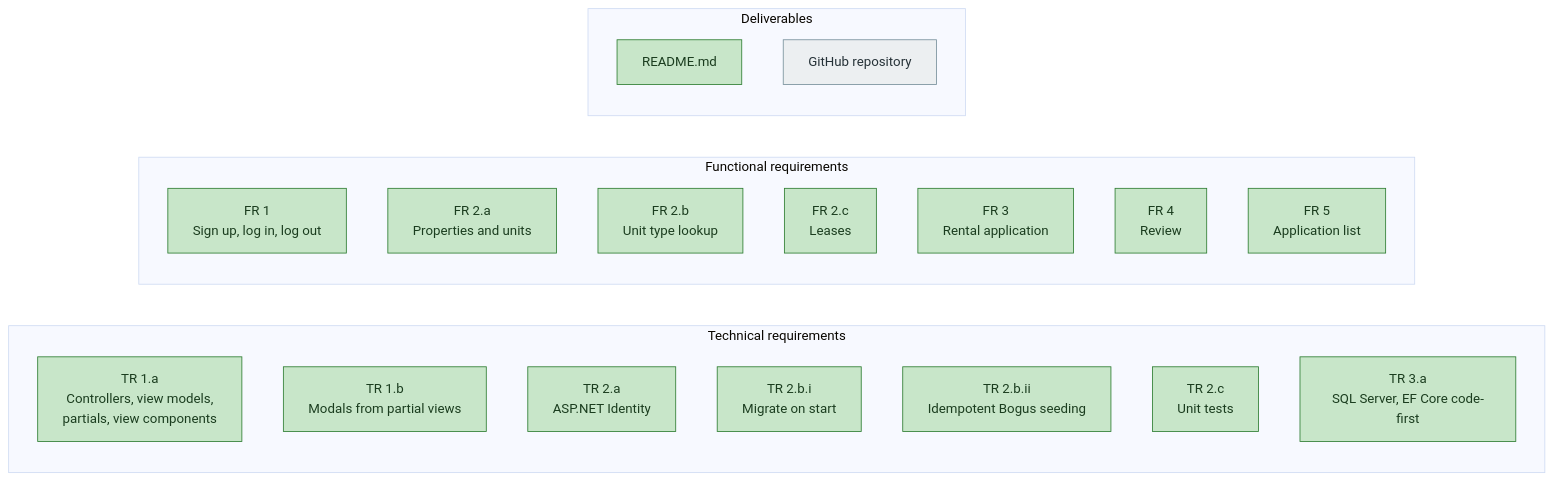
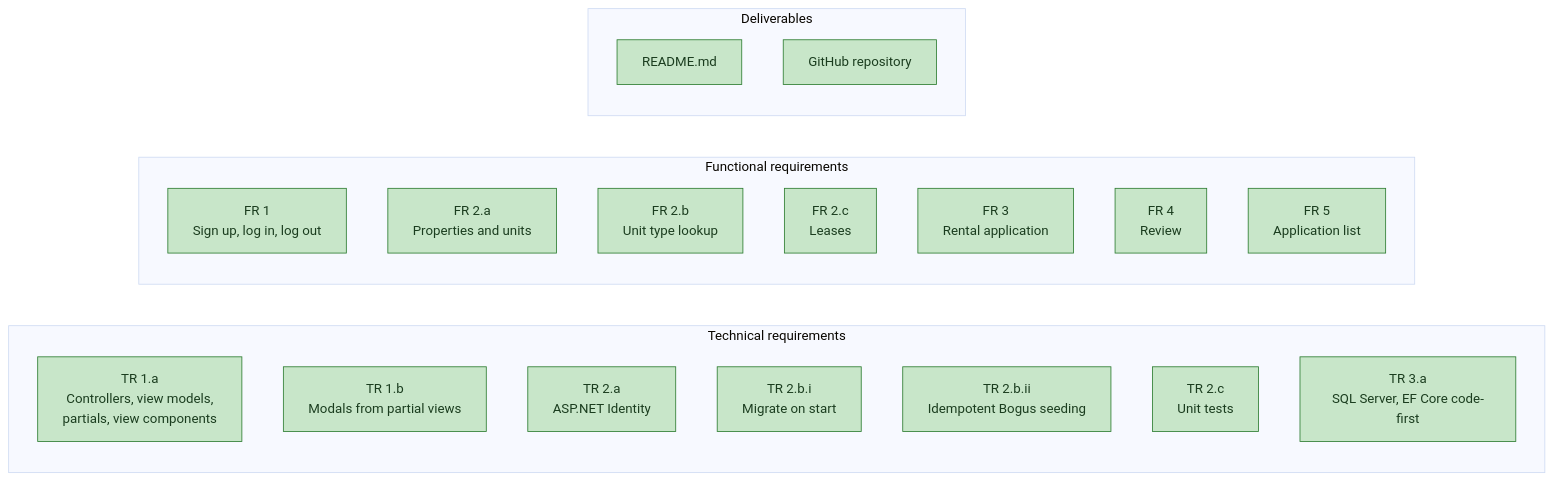
The first of 7 diagrams in docs/diagrams.md (breps83/troy-rentalportal), drawn with Mermaid (base theme) before and after one commit. The commit also changed other lines of this file, not shown here.

First line of the commit message:
Diagram Adjustment

````diff
--- a/docs/diagrams.md
+++ b/docs/diagrams.md
@@ -21,31 +21,31 @@
 ```mermaid
 flowchart LR
     classDef done fill:#c8e6c9,stroke:#2e7d32,color:#1b3d1f
     classDef partial fill:#ffe0b2,stroke:#ef6c00,color:#4e2a00
     classDef todo fill:#eceff1,stroke:#78909c,color:#263238
 
     subgraph TR["Technical requirements"]
         TR1a["TR 1.a<br/>Controllers, view models,<br/>partials, view components"]:::done
         TR1b["TR 1.b<br/>Modals from partial views"]:::done
         TR2a["TR 2.a<br/>ASP.NET Identity"]:::done
         TR2b1["TR 2.b.i<br/>Migrate on start"]:::done
         TR2b2["TR 2.b.ii<br/>Idempotent Bogus seeding"]:::done
         TR2c["TR 2.c<br/>Unit tests"]:::done
         TR3["TR 3.a<br/>SQL Server, EF Core code-first"]:::done
     end
 
     subgraph FR["Functional requirements"]
         FR1["FR 1<br/>Sign up, log in, log out"]:::done
         FR2a["FR 2.a<br/>Properties and units"]:::done
         FR2b["FR 2.b<br/>Unit type lookup"]:::done
         FR2c["FR 2.c<br/>Leases"]:::done
         FR3["FR 3<br/>Rental application"]:::done
         FR4["FR 4<br/>Review"]:::done
         FR5["FR 5<br/>Application list"]:::done
     end
 
     subgraph DL["Deliverables"]
         README["README.md"]:::done
-        GH["GitHub repository"]:::todo
+        GH["GitHub repository"]:::done
     end
 ```
````
